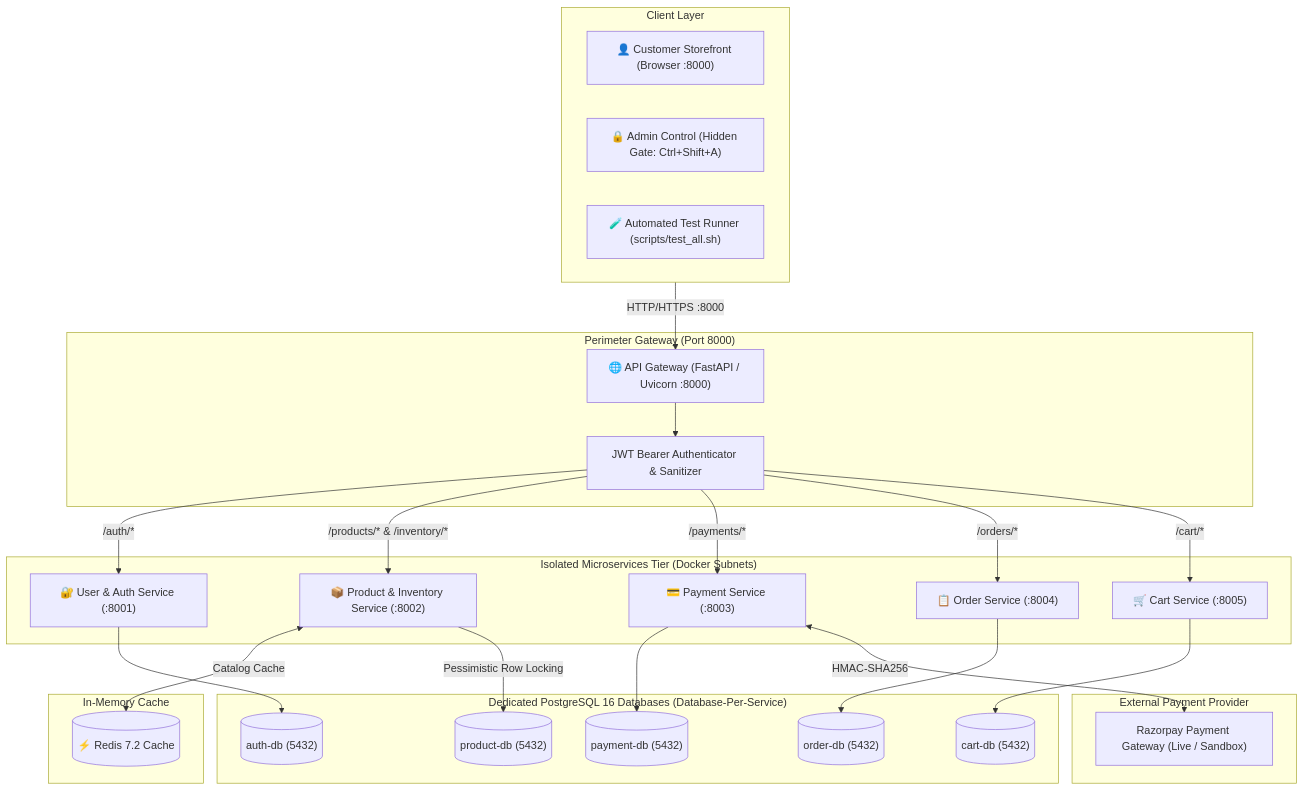
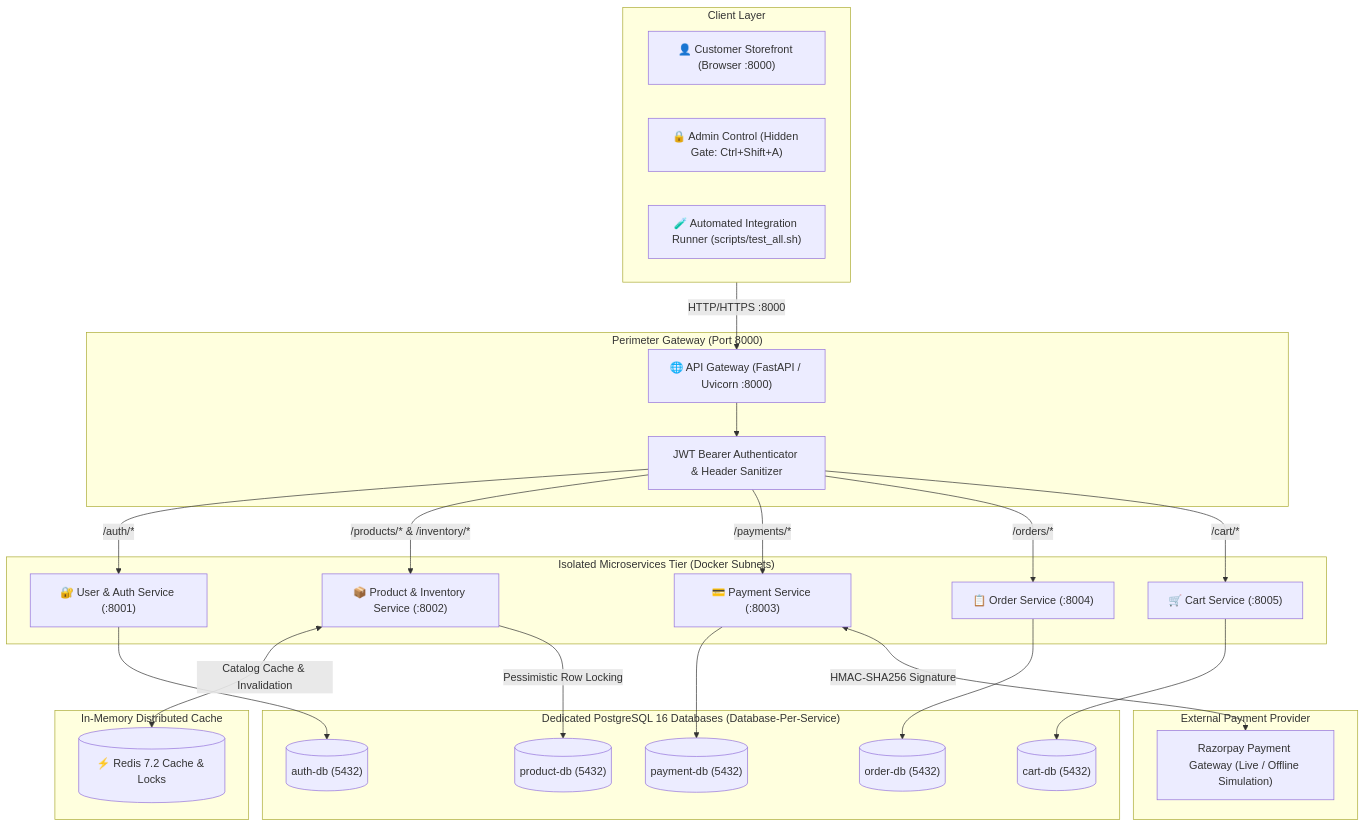
Before and after one commit to Jayantha1028/Ecommerce-Microservices-site: the first of 4 diagrams in doc/README.md, drawn with Mermaid. The commit also changed other lines of this file, not shown here.

````diff
--- a/doc/README.md
+++ b/doc/README.md
@@ -13,54 +38,54 @@
 ```mermaid
 flowchart TD
     subgraph Clients["Client Layer"]
         Browser["👤 Customer Storefront (Browser :8000)"]
         AdminUser["🔒 Admin Control (Hidden Gate: Ctrl+Shift+A)"]
-        TestRunner["🧪 Automated Test Runner (scripts/test_all.sh)"]
+        TestRunner["🧪 Automated Integration Runner (scripts/test_all.sh)"]
     end
 
     subgraph Perimeter["Perimeter Gateway (Port 8000)"]
         Gateway["🌐 API Gateway (FastAPI / Uvicorn :8000)"]
-        AuthFilter["JWT Bearer Authenticator & Sanitizer"]
+        AuthFilter["JWT Bearer Authenticator & Header Sanitizer"]
         Gateway --> AuthFilter
     end
 
     Clients -->|"HTTP/HTTPS :8000"| Gateway
 
     subgraph MicroservicesTier["Isolated Microservices Tier (Docker Subnets)"]
         AuthSvc["🔐 User & Auth Service (:8001)"]
         ProdSvc["📦 Product & Inventory Service (:8002)"]
         PaySvc["💳 Payment Service (:8003)"]
         OrderSvc["📋 Order Service (:8004)"]
         CartSvc["🛒 Cart Service (:8005)"]
     end
 
     AuthFilter -->|"/auth/*"| AuthSvc
     AuthFilter -->|"/products/* & /inventory/*"| ProdSvc
     AuthFilter -->|"/payments/*"| PaySvc
     AuthFilter -->|"/orders/*"| OrderSvc
     AuthFilter -->|"/cart/*"| CartSvc
 
-    subgraph CacheTier["In-Memory Cache"]
-        RedisDB[("⚡ Redis 7.2 Cache")]
+    subgraph CacheTier["In-Memory Distributed Cache"]
+        RedisDB[("⚡ Redis 7.2 Cache & Locks")]
     end
-    ProdSvc <-->|"Catalog Cache"| RedisDB
+    ProdSvc <-->|"Catalog Cache & Invalidation"| RedisDB
 
     subgraph DataTier["Dedicated PostgreSQL 16 Databases (Database-Per-Service)"]
         AuthDB[("auth-db (5432)")]
         ProdDB[("product-db (5432)")]
         PayDB[("payment-db (5432)")]
         OrderDB[("order-db (5432)")]
         CartDB[("cart-db (5432)")]
     end
 
     AuthSvc --> AuthDB
     ProdSvc -->|"Pessimistic Row Locking"| ProdDB
     PaySvc --> PayDB
     OrderSvc --> OrderDB
     CartSvc --> CartDB
 
     subgraph ExternalServices["External Payment Provider"]
-        RazorpayAPI["Razorpay Payment Gateway (Live / Sandbox)"]
+        RazorpayAPI["Razorpay Payment Gateway (Live / Offline Simulation)"]
     end
-    PaySvc <-->|"HMAC-SHA256"| RazorpayAPI
+    PaySvc <-->|"HMAC-SHA256 Signature"| RazorpayAPI
 ```
````
